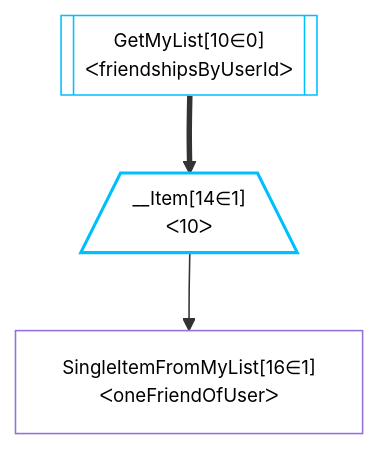
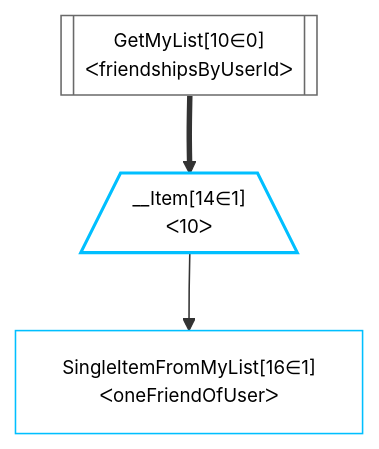
One commit to graphile/crystal changed the diagram in grafast/website/examples/step-classes/listItem.mermaid. Above: the diagram before and after it, drawn with Mermaid.

Commit message:
fix mermaid stroke colors

```diff
--- a/grafast/website/examples/step-classes/listItem.mermaid
+++ b/grafast/website/examples/step-classes/listItem.mermaid
@@ -1,28 +1,29 @@
 %%{init: {'themeVariables': { 'fontSize': '12px'}}}%%
 flowchart TD
 
     classDef plan fill:#fff,stroke-width:1px,color:#000
     classDef itemplan fill:#fff,stroke-width:2px,color:#000
 
 
     %% plan dependencies
 
 
     GetMyList[["GetMyList[10∈0] <br />ᐸfriendshipsByUserIdᐳ"]]:::plan
  
     __Item14[/"__Item[14∈1]<br />ᐸ10ᐳ"\]:::itemplan
 
     SingleItem["SingleItemFromMyList[16∈1]<br />ᐸoneFriendOfUserᐳ"]:::plan
 
 
 
     GetMyList ==> __Item14
 
     __Item14 --> SingleItem
 
    
     %% buckets 
     classDef bucket0 stroke:#696969
-    class GetMyList,__Item14 bucket1
+    class GetMyList bucket0
 
     classDef bucket1 stroke:#00bfff
+    class __Item14,SingleItem bucket1
```
